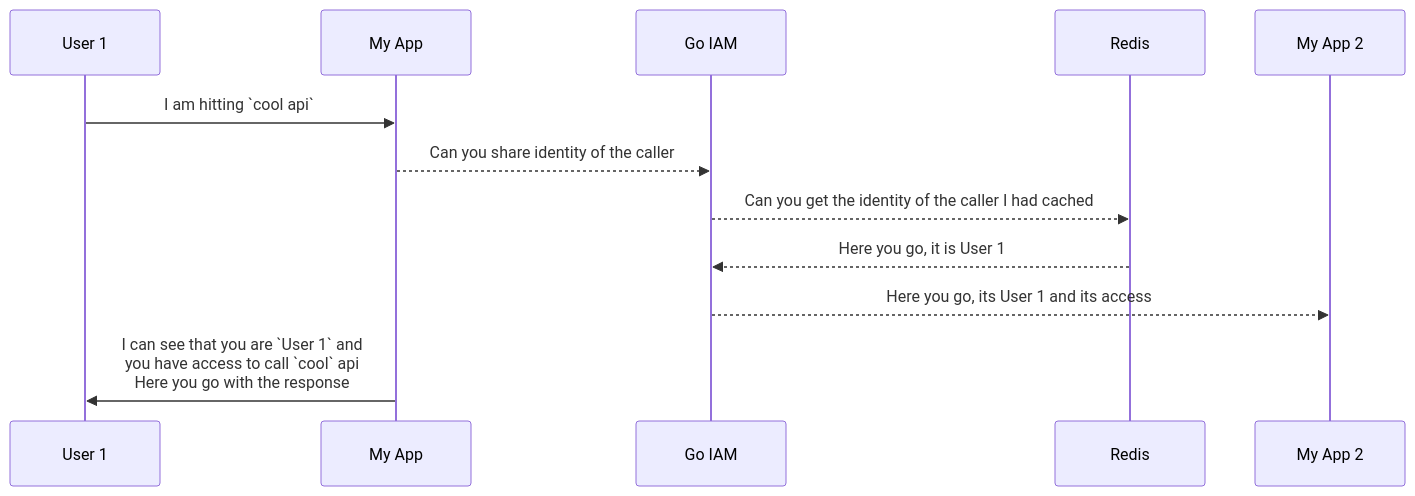
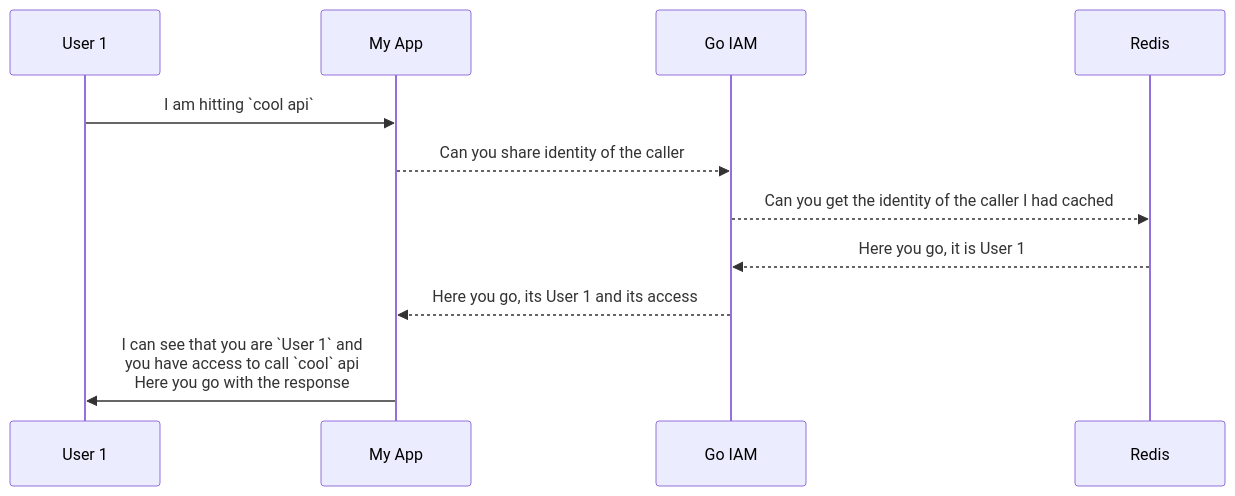
Before and after one commit to melvinodsa/go-iam-website: the second of 2 diagrams in src/content/basics/details.mdx, drawn with Mermaid. The commit also changed 4 other files, not shown here.

Commit message:
fix usage diagram

````diff
--- a/src/content/basics/details.mdx
+++ b/src/content/basics/details.mdx
@@ -69,9 +69,9 @@
 ```mermaid
 sequenceDiagram
     User 1->>My App: I am hitting `cool api`
     My App-->>Go IAM: Can you share identity of the caller
     Go IAM-->>Redis: Can you get the identity of the caller I had cached
     Redis-->>Go IAM: Here you go, it is User 1
-    Go IAM -->> My App 2: Here you go, its User 1 and its access
+    Go IAM -->> My App: Here you go, its User 1 and its access
     My App ->> User 1: I can see that you are `User 1` and <br/>you have access to call `cool` api<br/>Here you go with the response
 ```
````
